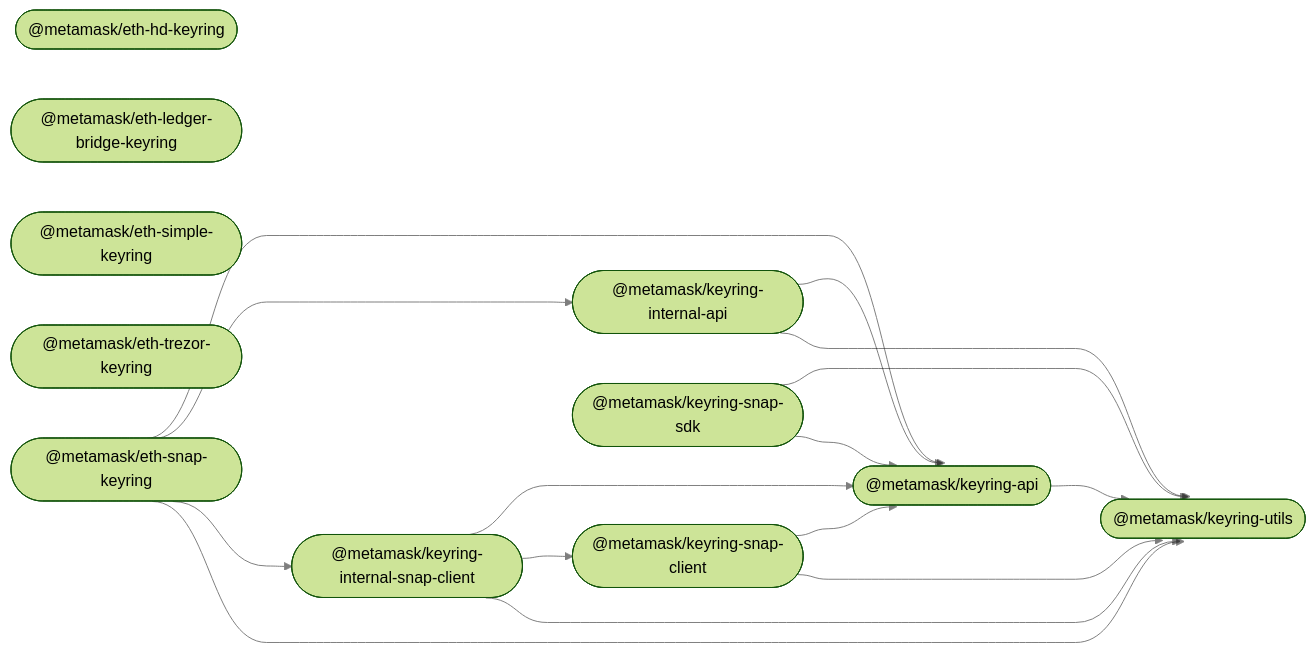
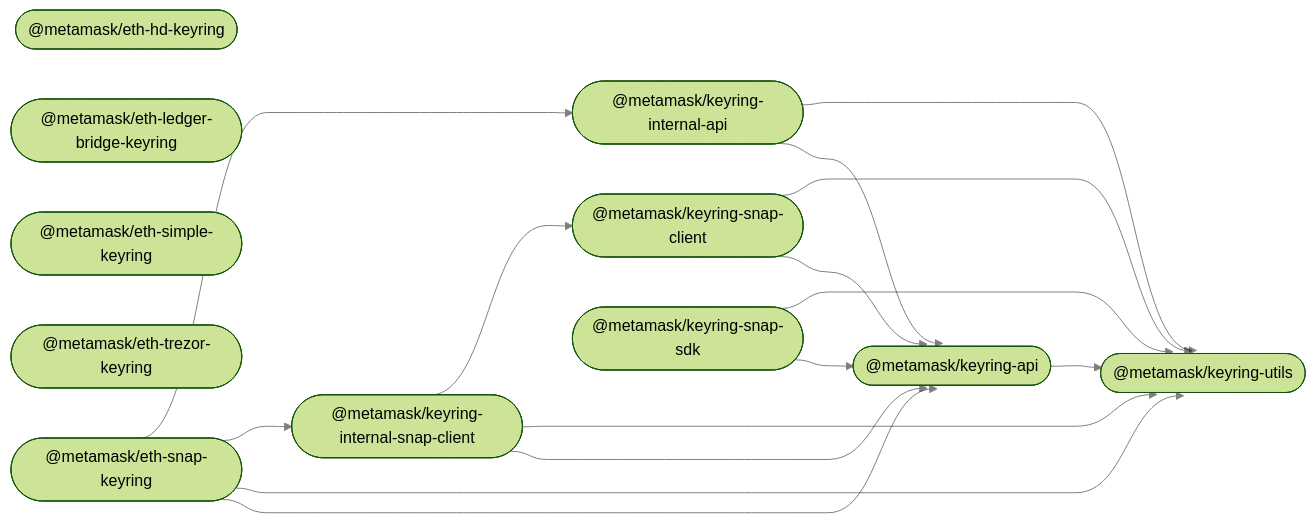
One commit to MetaMask/accounts changed the diagram in README.md. Above: the diagram before and after it, drawn with Mermaid (forest theme). The commit also changed other lines of this file and 11 other files, not shown here.

Commit message:
refactor: move deps to devDeps for types + use peerDep for keyring-api

````diff
--- a/README.md
+++ b/README.md
@@ -33,30 +33,30 @@
 ```mermaid
 %%{ init: { 'flowchart': { 'curve': 'bumpX' } } }%%
 graph LR;
 linkStyle default opacity:0.5
   keyring_api(["@metamask/keyring-api"]);
   eth_hd_keyring(["@metamask/eth-hd-keyring"]);
   eth_ledger_bridge_keyring(["@metamask/eth-ledger-bridge-keyring"]);
   eth_simple_keyring(["@metamask/eth-simple-keyring"]);
   eth_trezor_keyring(["@metamask/eth-trezor-keyring"]);
   keyring_internal_api(["@metamask/keyring-internal-api"]);
   keyring_internal_snap_client(["@metamask/keyring-internal-snap-client"]);
   eth_snap_keyring(["@metamask/eth-snap-keyring"]);
   keyring_snap_client(["@metamask/keyring-snap-client"]);
   keyring_snap_sdk(["@metamask/keyring-snap-sdk"]);
   keyring_utils(["@metamask/keyring-utils"]);
   keyring_api --> keyring_utils;
+  keyring_internal_api --> keyring_utils;
   keyring_internal_api --> keyring_api;
-  keyring_internal_api --> keyring_utils;
-  keyring_internal_snap_client --> keyring_api;
   keyring_internal_snap_client --> keyring_snap_client;
   keyring_internal_snap_client --> keyring_utils;
-  eth_snap_keyring --> keyring_api;
+  keyring_internal_snap_client --> keyring_api;
   eth_snap_keyring --> keyring_internal_api;
   eth_snap_keyring --> keyring_internal_snap_client;
   eth_snap_keyring --> keyring_utils;
+  eth_snap_keyring --> keyring_api;
+  keyring_snap_client --> keyring_utils;
   keyring_snap_client --> keyring_api;
-  keyring_snap_client --> keyring_utils;
   keyring_snap_sdk --> keyring_utils;
   keyring_snap_sdk --> keyring_api;
 ```
````
